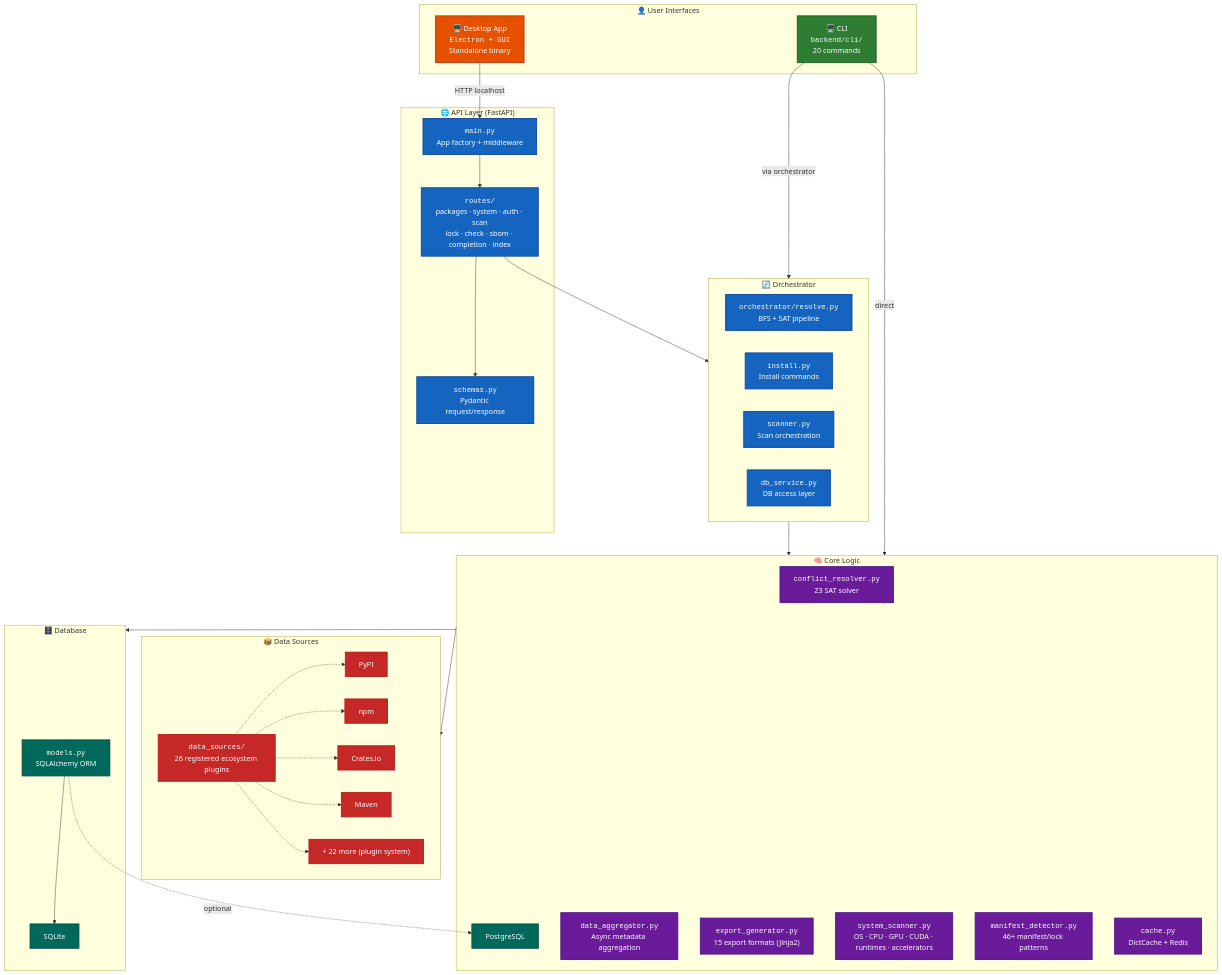
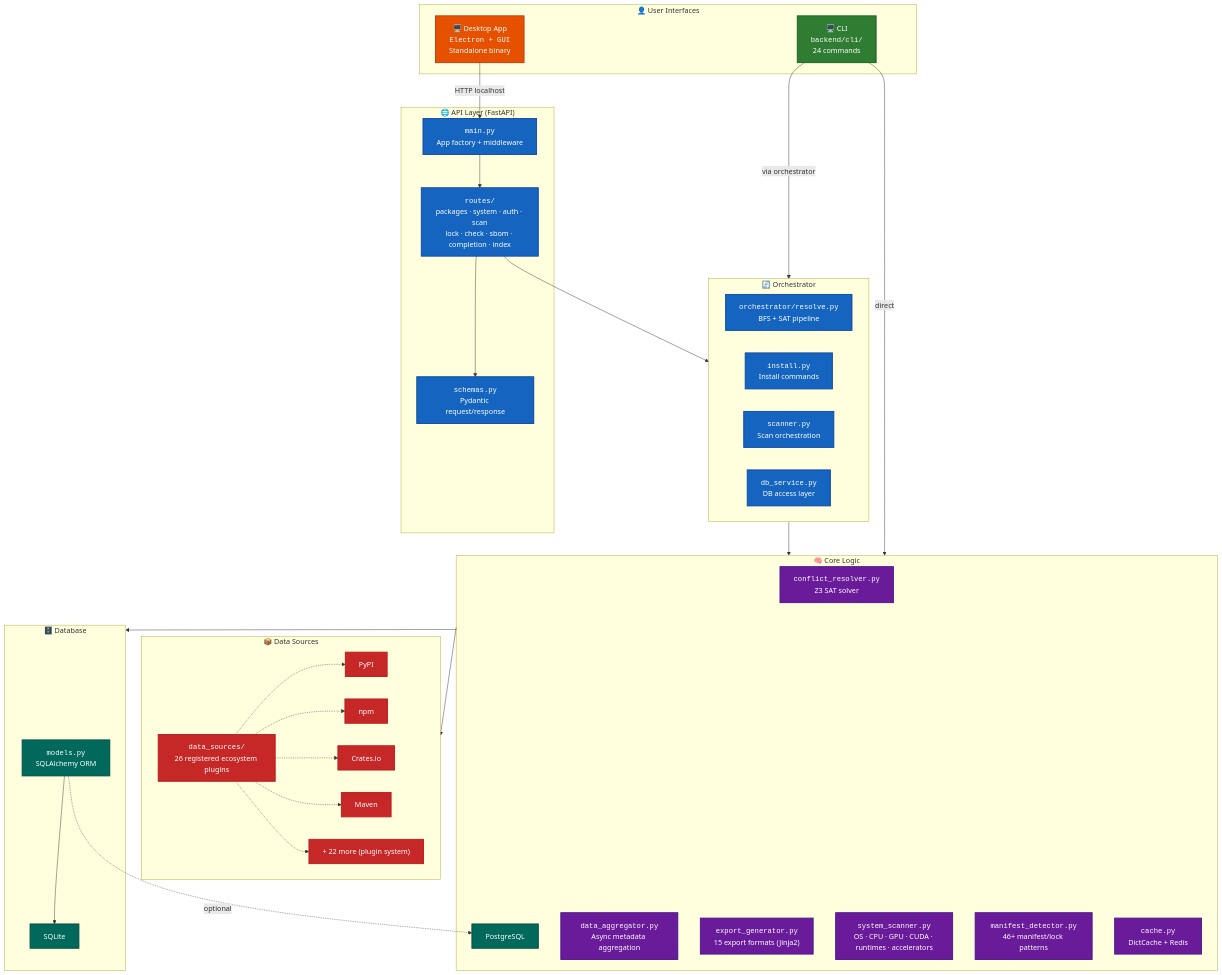
The first of 4 diagrams in docs/ARCHITECTURE.md (code-with-zeeshan/universal-dependency-resolver), drawn with Mermaid before and after one commit. The commit also changed other lines of this file and 78 other files, not shown here.

````diff
--- a/docs/ARCHITECTURE.md
+++ b/docs/ARCHITECTURE.md
@@ -3,69 +3,69 @@
 ```mermaid
 graph TB
     subgraph UserLayer["👤 User Interfaces"]
-        CLI["🖥️ CLI<br/><code>backend/cli/</code><br/>20 commands"]:::cli
+        CLI["🖥️ CLI<br/><code>backend/cli/</code><br/>24 commands"]:::cli
         DESKTOP["🖥️ Desktop App<br/><code>Electron + GUI</code><br/>Standalone binary"]:::desktop
     end
 
     subgraph APILayer["🌐 API Layer (FastAPI)"]
         API_MAIN["<code>main.py</code><br/>App factory + middleware"]:::api
         ROUTES["<code>routes/</code><br/>packages · system · auth · scan<br/>lock · check · sbom · completion · index"]:::api
         SCHEMAS["<code>schemas.py</code><br/>Pydantic request/response"]:::api
     end
 
     subgraph OrchestratorLayer["🔄 Orchestrator"]
         ORCH["<code>orchestrator/resolve.py</code><br/>BFS + SAT pipeline"]:::api
         O_INSTALL["<code>install.py</code><br/>Install commands"]:::api
         O_SCANNER["<code>scanner.py</code><br/>Scan orchestration"]:::api
         O_DB["<code>db_service.py</code><br/>DB access layer"]:::api
     end
 
     subgraph CoreLayer["🧠 Core Logic"]
         CR["<code>conflict_resolver.py</code><br/>Z3 SAT solver"]:::core
         PG["<code>pubgrub_solver.py</code><br/>PubGrub solver (Rust-backed)"]:::core
         DA["<code>data_aggregator.py</code><br/>Async metadata aggregation"]:::core
         EG["<code>export_generator.py</code><br/>15 export formats (Jinja2)"]:::core
         SS["<code>system_scanner.py</code><br/>OS · CPU · GPU · CUDA · runtimes · accelerators"]:::core
         MD["<code>manifest_detector.py</code><br/>46+ manifest/lock patterns"]:::core
         CACHE["<code>cache.py</code><br/>DictCache + Redis"]:::core
     end
 
     subgraph DataLayer["📦 Data Sources"]
         DS_CLIENTS["<code>data_sources/</code><br/>26 registered ecosystem plugins"]:::data
         PYPI["PyPI"]:::data
         NPM["npm"]:::data
         CRATES["Crates.io"]:::data
         MAVEN["Maven"]:::data
         MORE["+ 22 more (plugin system)"]:::data
     end
 
     subgraph DBLayer["🗄️ Database"]
         MODELS["<code>models.py</code><br/>SQLAlchemy ORM"]:::db
         SQLITE["SQLite"]:::db
         PG["PostgreSQL"]:::db
     end
 
     DESKTOP -->|"HTTP localhost"| API_MAIN
     CLI -->|"via orchestrator"| OrchestratorLayer
     CLI -->|"direct"| CoreLayer
     API_MAIN --> ROUTES
     ROUTES --> SCHEMAS
     ROUTES --> OrchestratorLayer
     OrchestratorLayer --> CoreLayer
     CoreLayer --> DataLayer
     CoreLayer --> DBLayer
     DS_CLIENTS -.-> PYPI
     DS_CLIENTS -.-> NPM
     DS_CLIENTS -.-> CRATES
     DS_CLIENTS -.-> MAVEN
     DS_CLIENTS -.-> MORE
     MODELS --> SQLITE
     MODELS -.->|"optional"| PG
 
     classDef cli fill:#2e7d32,color:#fff,stroke:#1b5e20,stroke-width:2px
     classDef desktop fill:#e65100,color:#fff,stroke:#bf360c,stroke-width:2px
     classDef api fill:#1565c0,color:#fff,stroke:#0d47a1,stroke-width:2px
     classDef core fill:#6a1b9a,color:#fff,stroke:#4a148c,stroke-width:2px
     classDef data fill:#c62828,color:#fff,stroke:#b71c1c,stroke-width:2px
     classDef db fill:#00695c,color:#fff,stroke:#004d40,stroke-width:2px
 ```
````
